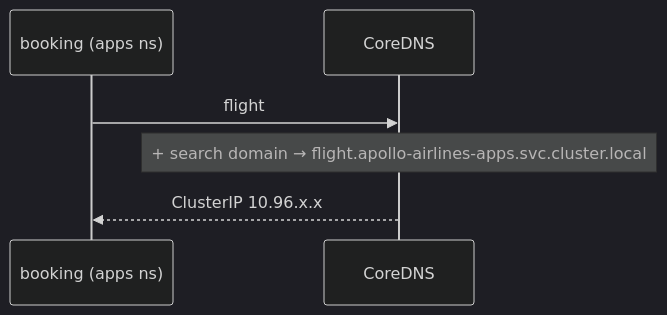
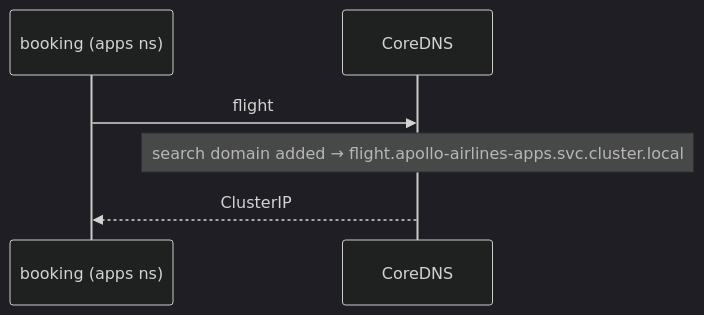
Before and after one commit to darshan-raul/apollo11-docs: the diagram in docs/learn/networking/dns-and-namespaces.md, drawn with Mermaid (dark theme). The commit also changed other lines of this file and 55 other files, not shown here.

````diff
--- a/docs/learn/networking/dns-and-namespaces.md
+++ b/docs/learn/networking/dns-and-namespaces.md
@@ -34,8 +38,8 @@
 ```mermaid
 sequenceDiagram
   participant App as booking (apps ns)
   participant DNS as CoreDNS
   App->>DNS: flight
-  Note over DNS: + search domain → flight.apollo-airlines-apps.svc.cluster.local
-  DNS-->>App: ClusterIP 10.96.x.x
+  Note over DNS: search domain added → flight.apollo-airlines-apps.svc.cluster.local
+  DNS-->>App: ClusterIP
 ```
````
